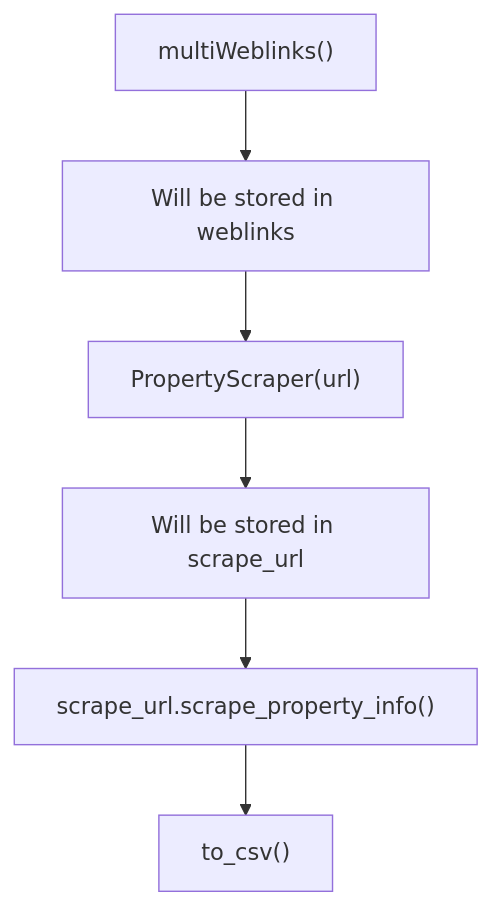
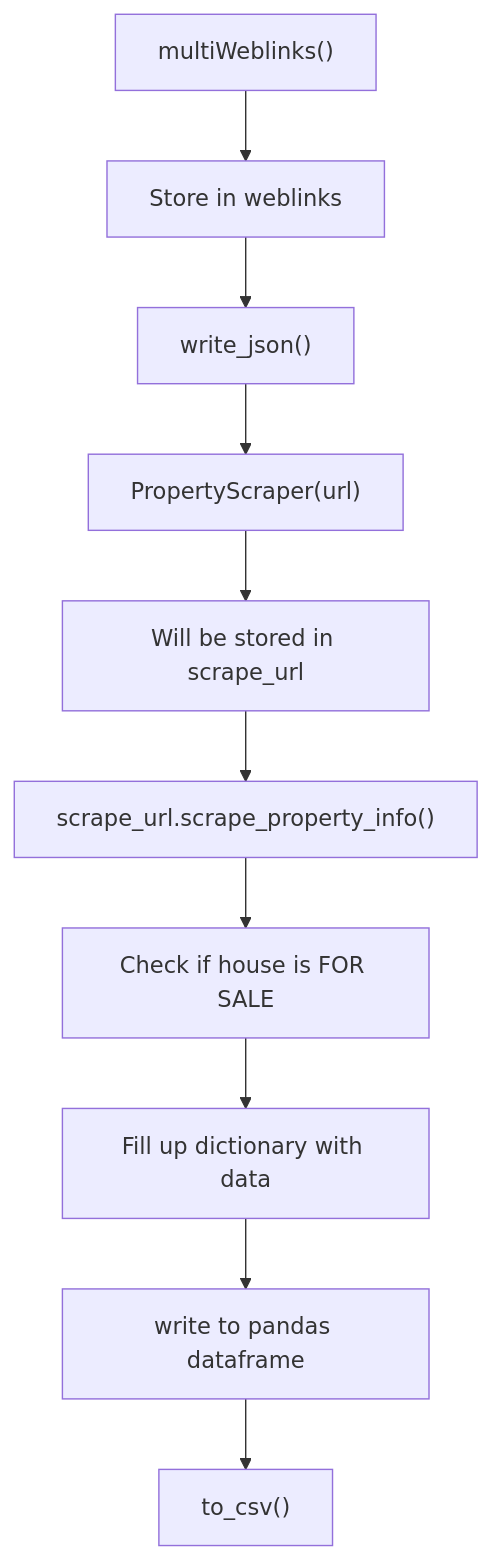
One commit to justalphie/immo-eliza-scraping-immozila changed the diagram in README.md. Above: the diagram before and after it, drawn with Mermaid. The commit also changed other lines of this file, not shown here.

````diff
--- a/README.md
+++ b/README.md
@@ -43,7 +64,11 @@
 ```mermaid
 graph TD;
-    A["multiWeblinks()"]-->B[Will be stored in weblinks];
-    B-->C["PropertyScraper(url)"]-->D[Will be stored in scrape_url];
-    D-->E["scrape_url.scrape_property_info()"];
-    E-->F["to_csv() "];
+    A["multiWeblinks()"]-->B[Store in weblinks] 
+    B--> C["write_json()"];
+    C-->D["PropertyScraper(url)"]-->E[Will be stored in scrape_url];
+    E-->F["scrape_url.scrape_property_info()"];
+    F-->G[Check if house is FOR SALE] 
+    G-->H[Fill up dictionary with data];
+    H-->I[write to pandas dataframe];
+    I-->J["to_csv()"];
 ```
````
